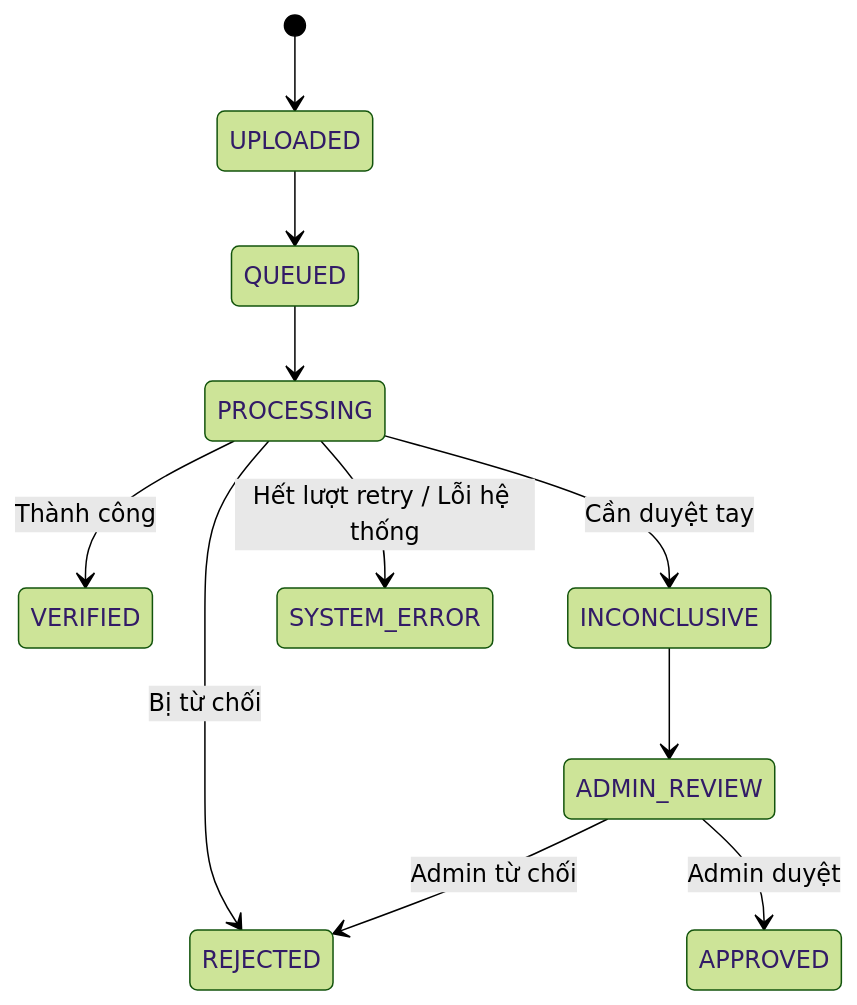
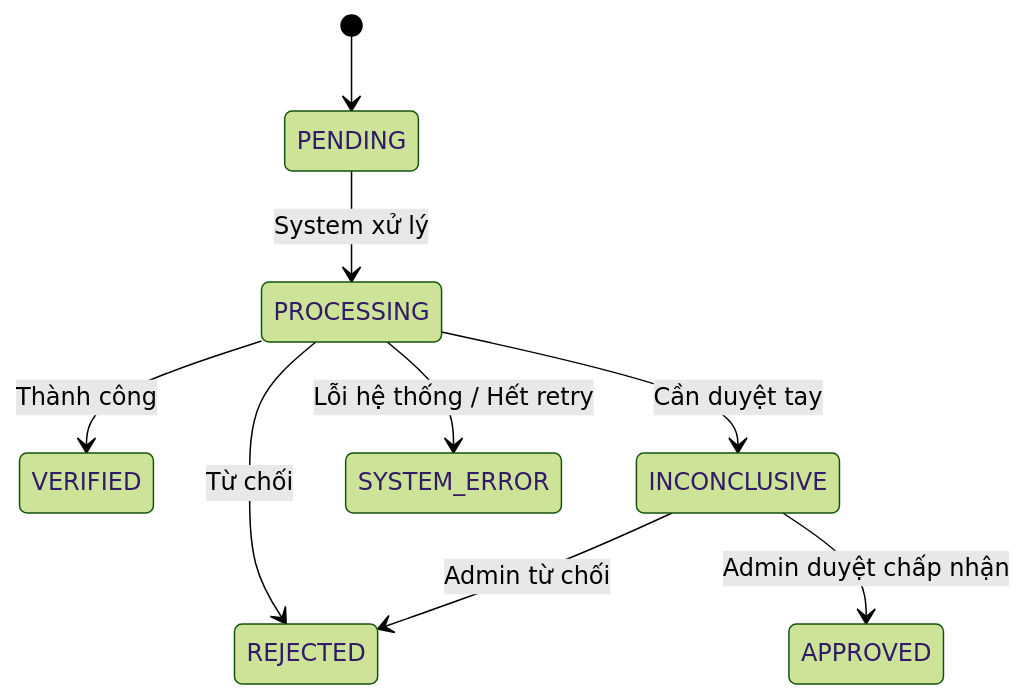
One commit to le-dat/kivy-homework changed the diagram in DESIGN.md. Above: the diagram before and after it, drawn with Mermaid (forest theme). The commit also changed other lines of this file and 49 other files, not shown here.

Commit message:
feat: add frontend flow admin and seller page

````diff
--- a/DESIGN.md
+++ b/DESIGN.md
@@ -42,13 +42,11 @@
 ```mermaid
 stateDiagram-v2
-    [*] --> UPLOADED
-    UPLOADED --> QUEUED
-    QUEUED --> PROCESSING
+    [*] --> PENDING
+    PENDING --> PROCESSING : System xử lý
     PROCESSING --> VERIFIED : Thành công
-    PROCESSING --> REJECTED : Bị từ chối
+    PROCESSING --> REJECTED : Từ chối
     PROCESSING --> INCONCLUSIVE : Cần duyệt tay
-    PROCESSING --> SYSTEM_ERROR : Hết lượt retry / Lỗi hệ thống
-    INCONCLUSIVE --> ADMIN_REVIEW
-    ADMIN_REVIEW --> APPROVED : Admin duyệt
-    ADMIN_REVIEW --> REJECTED : Admin từ chối
+    PROCESSING --> SYSTEM_ERROR : Lỗi hệ thống / Hết retry
+    INCONCLUSIVE --> APPROVED : Admin duyệt chấp nhận
+    INCONCLUSIVE --> REJECTED : Admin từ chối
 ```
````
